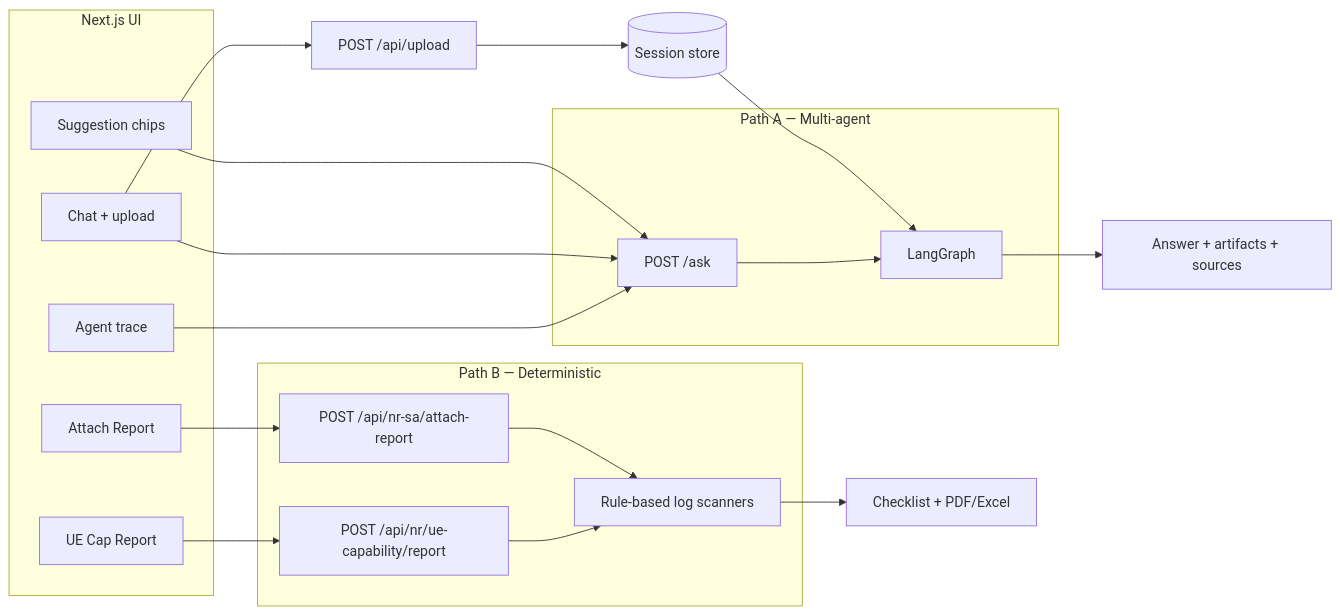
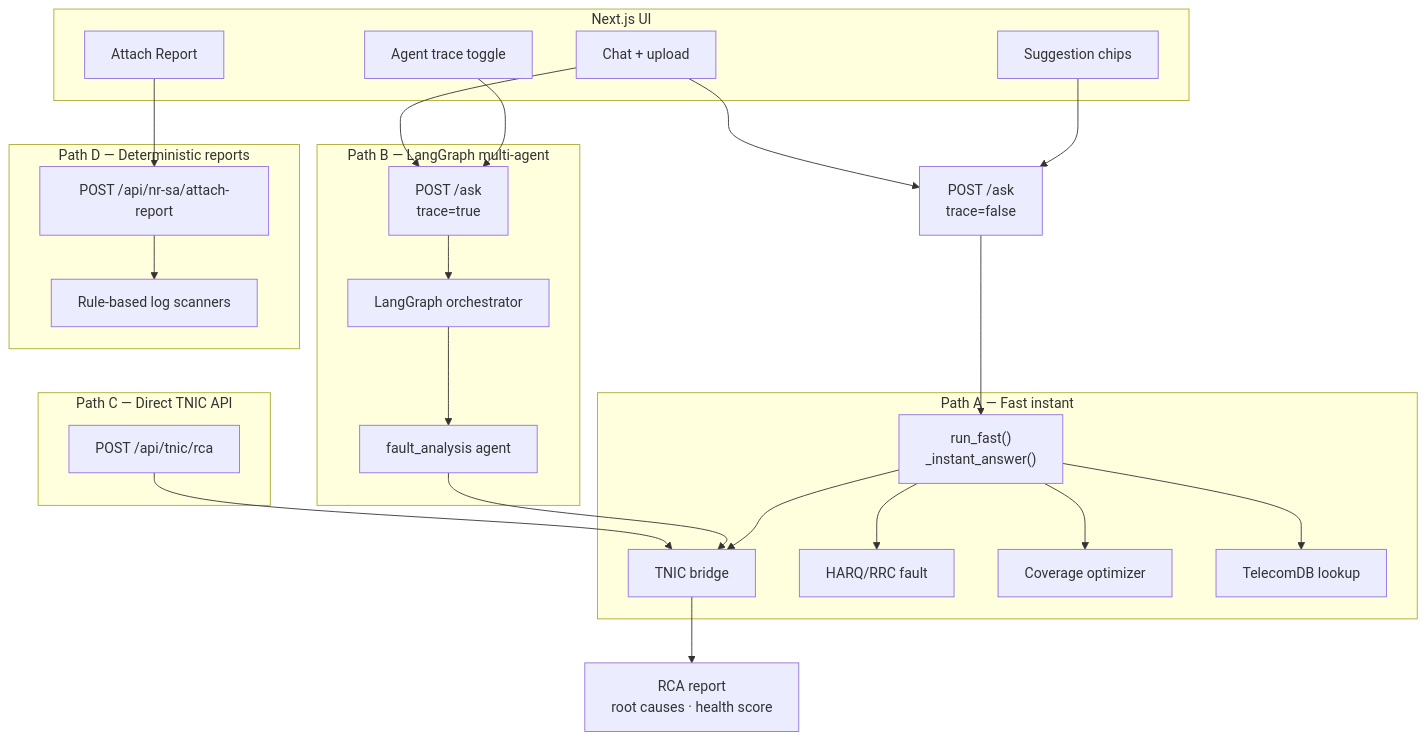
Before and after one commit to aqil2020in/telecomgpt: the second of 7 diagrams in docs/ARCHITECTURE.md, drawn with Mermaid. The commit also changed other lines of this file, not shown here.

First line of the commit message:
Document TNIC RCA layer in ARCHITECTURE.md

````diff
--- a/docs/ARCHITECTURE.md
+++ b/docs/ARCHITECTURE.md
@@ -76,37 +84,52 @@
 ```mermaid
-flowchart LR
+flowchart TB
     subgraph UI["Next.js UI"]
         Chips["Suggestion chips"]
         Chat["Chat + upload"]
         Attach["Attach Report"]
-        UECap["UE Cap Report"]
-        Trace["Agent trace"]
+        Trace["Agent trace toggle"]
     end
 
-    subgraph PathA["Path A — Multi-agent"]
-        Ask["POST /ask"]
-        Orch["LangGraph"]
+    subgraph PathA["Path A — Fast instant"]
+        Fast["run_fast()\n_instant_answer()"]
+        TNIC_F["TNIC bridge"]
+        HARQ["HARQ/RRC fault"]
+        COV["Coverage optimizer"]
+        KB_F["TelecomDB lookup"]
     end
 
-    subgraph PathB["Path B — Deterministic"]
+    subgraph PathB["Path B — LangGraph multi-agent"]
+        Ask["POST /ask\ntrace=true"]
+        Orch["LangGraph orchestrator"]
+        FA["fault_analysis agent"]
+    end
+
+    subgraph PathC["Path C — Direct TNIC API"]
+        TNIC_API["POST /api/tnic/rca"]
+    end
+
+    subgraph PathD["Path D — Deterministic reports"]
         AttachAPI["POST /api/nr-sa/attach-report"]
-        UECapAPI["POST /api/nr/ue-capability/report"]
         Scan["Rule-based log scanners"]
     end
 
-    Chips --> Ask
+    Chips --> Ask2["POST /ask\ntrace=false"]
+    Chat --> Ask2
+    Ask2 --> Fast
+    Fast --> TNIC_F
+    Fast --> HARQ
+    Fast --> COV
+    Fast --> KB_F
+
+    Trace --> Ask
     Chat --> Ask
-    Trace --> Ask
-    Chat --> Upload["POST /api/upload"]
-    Upload --> SessionStore[("Session store")]
-    SessionStore --> Orch
     Ask --> Orch
+    Orch --> FA
+    FA --> TNIC_F
+
+    TNIC_API --> TNIC_F
+    TNIC_F --> RCA["RCA report\nroot causes · health score"]
 
     Attach --> AttachAPI
-    UECap --> UECapAPI
     AttachAPI --> Scan
-    UECapAPI --> Scan
-
-    Orch --> Response["Answer + artifacts + sources"]
-    Scan --> Report["Checklist + PDF/Excel"]
 ```
````
